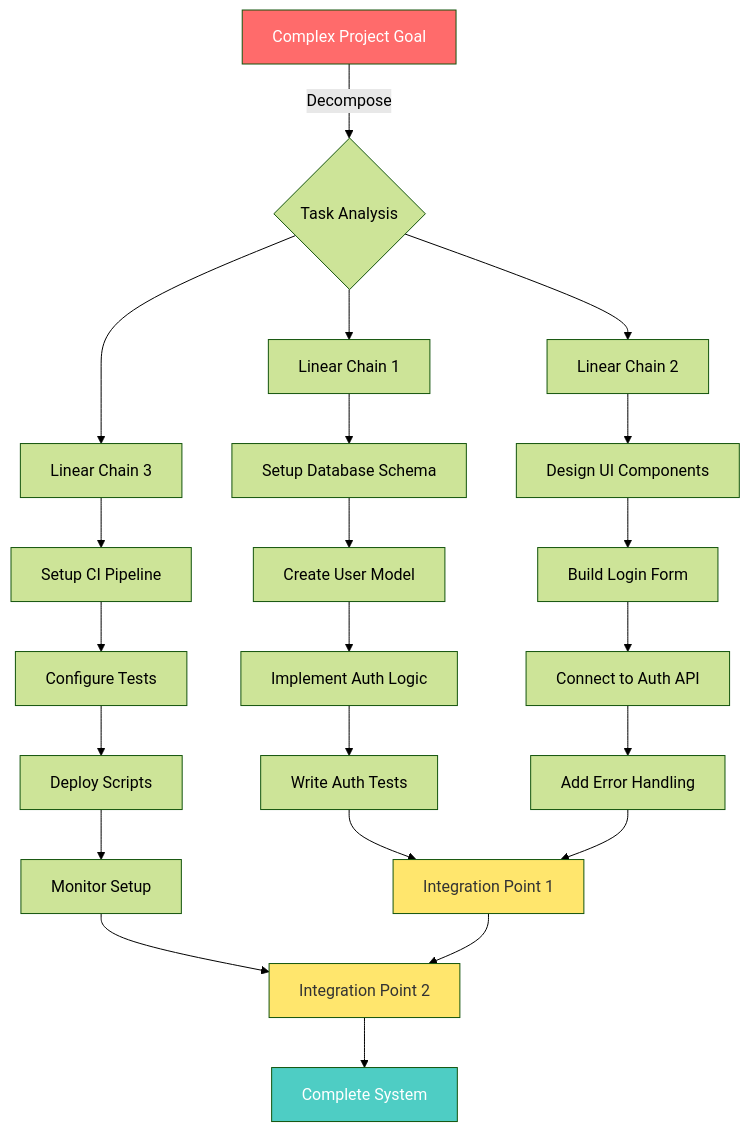
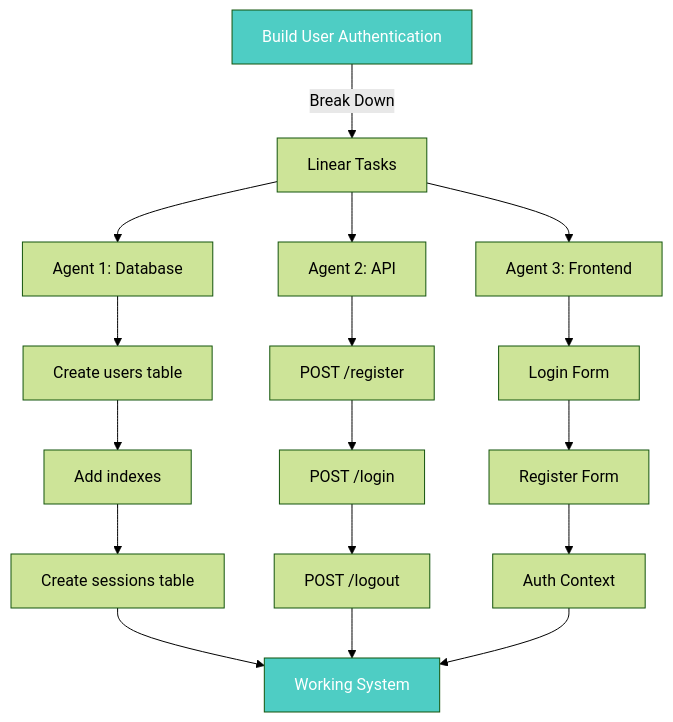
One commit to rinadelph/Agent-MCP changed the third of 3 diagrams in README.md. Above: the diagram before and after it, drawn with Mermaid (forest theme). The commit also changed other lines of this file, not shown here.

First line of the commit message:
Improve README: simplify theory, remove fake metrics, better flow

````diff
--- a/README.md
+++ b/README.md
@@ -78,33 +45,26 @@
 ```mermaid
 graph TD
-    A[Complex Project Goal] -->|Decompose| B{Task Analysis}
-    B --> C[Linear Chain 1]
-    B --> D[Linear Chain 2]
-    B --> E[Linear Chain 3]
+    A["Build User Authentication"] -->|Break Down| B[Linear Tasks]
+    B --> C["Agent 1: Database"]
+    B --> D["Agent 2: API"]
+    B --> E["Agent 3: Frontend"]
     
-    C --> C1[Setup Database Schema]
-    C1 --> C2[Create User Model]
-    C2 --> C3[Implement Auth Logic]
-    C3 --> C4[Write Auth Tests]
+    C --> C1[Create users table]
+    C1 --> C2[Add indexes]
+    C2 --> C3[Create sessions table]
     
-    D --> D1[Design UI Components]
-    D1 --> D2[Build Login Form]
-    D2 --> D3[Connect to Auth API]
-    D3 --> D4[Add Error Handling]
+    D --> D1[POST /register]
+    D1 --> D2[POST /login]
+    D2 --> D3[POST /logout]
     
-    E --> E1[Setup CI Pipeline]
-    E1 --> E2[Configure Tests]
-    E2 --> E3[Deploy Scripts]
-    E3 --> E4[Monitor Setup]
+    E --> E1[Login Form]
+    E1 --> E2[Register Form]
+    E2 --> E3[Auth Context]
     
-    C4 --> F[Integration Point 1]
-    D4 --> F
-    E4 --> G[Integration Point 2]
-    F --> G
-    G --> H[Complete System]
+    C3 --> F[Working System]
+    D3 --> F
+    E3 --> F
     
-    style A fill:#ff6b6b,color:#fff
-    style H fill:#4ecdc4,color:#fff
-    style F fill:#ffe66d,color:#333
-    style G fill:#ffe66d,color:#333
+    style A fill:#4ecdc4,color:#fff
+    style F fill:#4ecdc4,color:#fff
 ```
````
